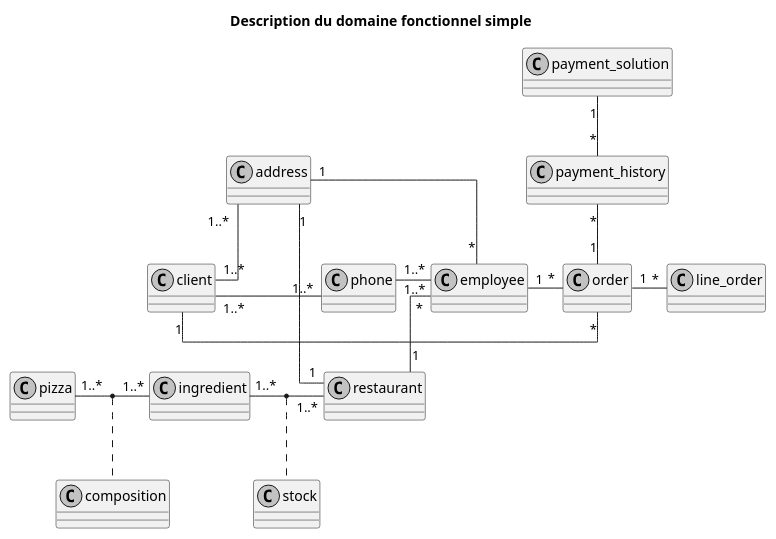
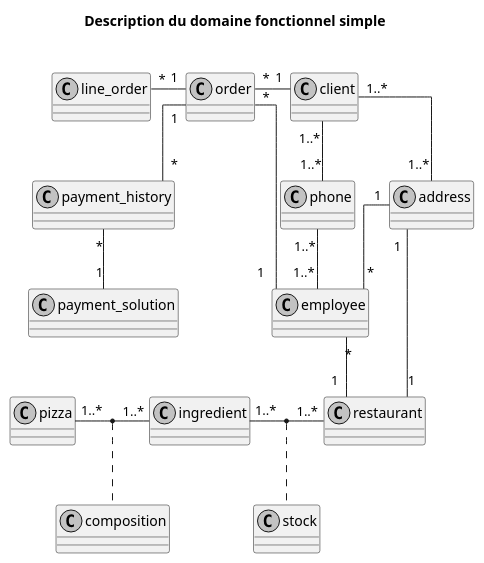
The diagram in functional_model_light.puml (freezed/ocp6), drawn with PlantUML before and after one commit. The commit also changed 1 other file, not shown here.

```diff
--- a/functional_model_light.puml
+++ b/functional_model_light.puml
@@ -1,41 +1,41 @@
 @startuml
 
-title Description du domaine fonctionnel simple
+title Description du domaine fonctionnel simple\n
 
 /' = = = = = = = STYLE = = = = = = = '/
 skinparam monochrome true
 skinparam linetype ortho
 
 /' = = = = = = = CLASSE = = = = = = = '/
 class address
 class client
 class composition
 class employee
 class ingredient
 class line_order
 class order
 class payment_history
 class payment_solution
 class phone
 class pizza
 class restaurant
 class stock
 
 /' = = = = = = = RELATION = = = = = = = '/
 address "1" -- "1" restaurant
-address "1" -down- "*" employee
+address "1" -- "*" employee
 client "1..*" - "1..*" phone
-client "1..*" -left- "1..*" address
+client "1..*" -- "1..*" address
 employee "1" - "*" order
 employee "*" -- "1" restaurant
 ingredient "1..*" - "1..*" restaurant
 (ingredient, restaurant) .. stock
-line_order "*" -left- "1" order
+line_order "*" - "1" order
 order "*" - "1" client
-order "1" -up- "*" payment_history
-payment_solution "1" -down- "*" payment_history
-phone "1..*" -right- "1..*" employee
+order "1" -- "*" payment_history
+payment_solution "1" -up- "*" payment_history
+phone "1..*" -- "1..*" employee
 pizza "1..*" - "1..*" ingredient
 (pizza, ingredient) .. composition
 
 @enduml
```
